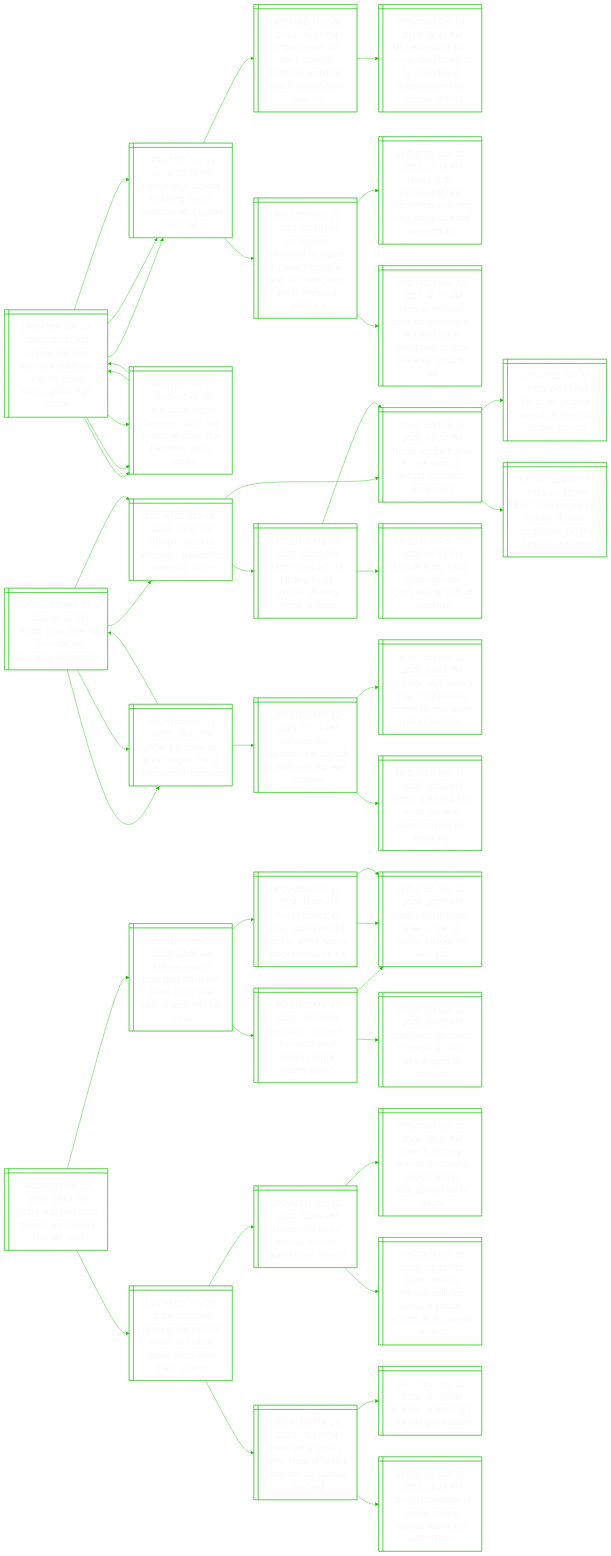
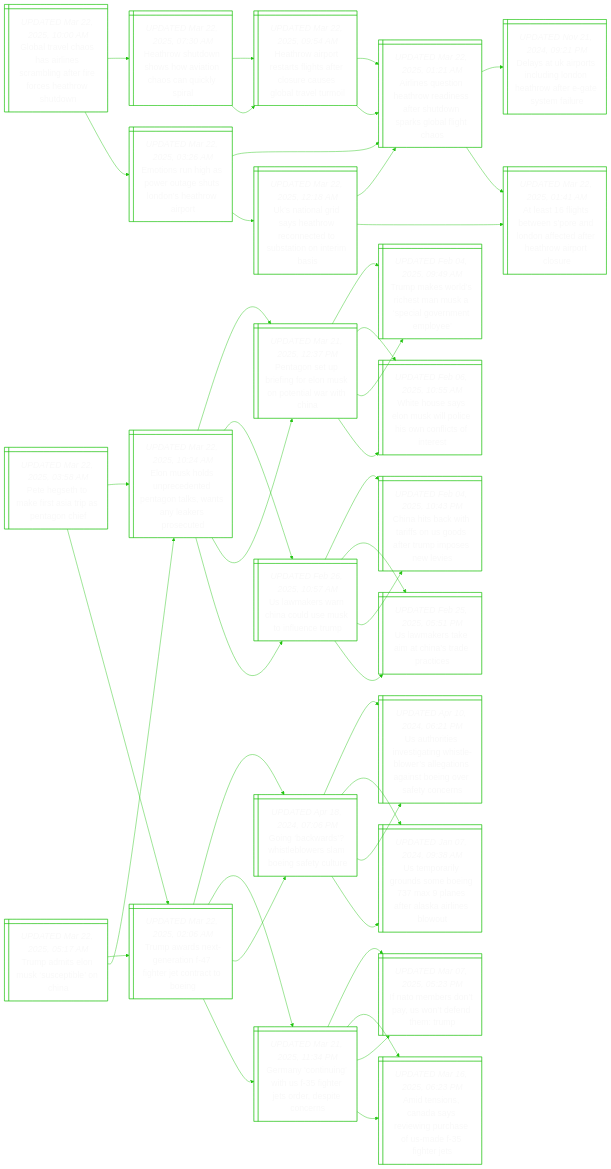
One commit to notJmes/notJmes changed the diagram in README.md. Above: the diagram before and after it, drawn with Mermaid. The commit also changed other lines of this file, not shown here.

````diff
--- a/README.md
+++ b/README.md
@@ -16,139 +16,136 @@
 flowchart LR
 classDef txtsize font-size:20px;
 
+Gleoanritrcawd@{ shape: win-pane, label: "_UPDATED Mar 22, 2025, 10:00 AM_
+Global travel chaos has airlines scrambling after fire forces heathrow shutdown" }
+Hrunsvooqlr@{ shape: win-pane, label: "_UPDATED Mar 22, 2025, 07:30 AM_
+Heathrow shutdown shows how aviation chaos can quickly spiral" }
+Hrrrriacrsorti@{ shape: win-pane, label: "_UPDATED Mar 22, 2025, 09:54 AM_
+Heathrow airport restarts flights after closure causes global travel turmoil" }
 Anenheetunkbih@{ shape: win-pane, label: "_UPDATED Mar 22, 2025, 01:21 AM_
 Airlines question heathrow readiness after shutdown sparks global flight chaos" }
-Dsarcndawreel@{ shape: win-pane, label: "_UPDATED Nov 21, 2024, 09:21 PM_
-Delays at uk airports including london heathrow after e-gate system failure" }
-Spnuathnetitm@{ shape: win-pane, label: "_UPDATED May 20, 2019, 06:17 PM_
-Singaporeans can use e-gates at heathrow and other british airports from may 20" }
-Uaregoitxeiossr@{ shape: win-pane, label: "_UPDATED Dec 04, 2018, 04:48 PM_
-Uk's epassport gate immigration facility to be extended to singaporeans from summer of 2019" }
-Irnrdporsncpsongh@{ shape: win-pane, label: "_UPDATED Nov 22, 2024, 03:19 PM_
-Immigration clearance disrupted for over 5 hours at land, air checkpoints due to technical glitch: ica" }
-HtieadktrMndakC@{ shape: win-pane, label: "_UPDATED Nov 22, 2024, 03:12 PM_
-Heavy traffic expected at land checkpoints over qing ming and good friday weekend: ica" }
-Mutnresrdtktalnpy@{ shape: win-pane, label: "_UPDATED Nov 22, 2024, 06:00 PM_
-More automated lanes for travellers to be rolled out at checkpoints to raise clearance capacity: ica" }
-Asgeneoattawoo@{ shape: win-pane, label: "_UPDATED Mar 22, 2025, 01:41 AM_
-At least 16 flights between s’pore and london affected after heathrow airport closure" }
+Hrrrriacrsorti@{ shape: win-pane, label: "_UPDATED Mar 22, 2025, 09:54 AM_
+Heathrow airport restarts flights after closure causes global travel turmoil" }
+Anenheetunkbih@{ shape: win-pane, label: "_UPDATED Mar 22, 2025, 01:21 AM_
+Airlines question heathrow readiness after shutdown sparks global flight chaos" }
+EonaeaunHrr@{ shape: win-pane, label: "_UPDATED Mar 22, 2025, 03:26 AM_
+Emotions run high as power outage shuts london’s heathrow airport" }
 Anenheetunkbih@{ shape: win-pane, label: "_UPDATED Mar 22, 2025, 01:21 AM_
 Airlines question heathrow readiness after shutdown sparks global flight chaos" }
 Dsarcndawreel@{ shape: win-pane, label: "_UPDATED Nov 21, 2024, 09:21 PM_
 Delays at uk airports including london heathrow after e-gate system failure" }
 Asgeneoattawoo@{ shape: win-pane, label: "_UPDATED Mar 22, 2025, 01:41 AM_
 At least 16 flights between s’pore and london affected after heathrow airport closure" }
+Utlseootsaoea@{ shape: win-pane, label: "_UPDATED Mar 22, 2025, 12:18 AM_
+Uk’s national grid says heathrow reconnected to substation on interim basis" }
 Anenheetunkbih@{ shape: win-pane, label: "_UPDATED Mar 22, 2025, 01:21 AM_
 Airlines question heathrow readiness after shutdown sparks global flight chaos" }
-Dsarcndawreel@{ shape: win-pane, label: "_UPDATED Nov 21, 2024, 09:21 PM_
-Delays at uk airports including london heathrow after e-gate system failure" }
 Asgeneoattawoo@{ shape: win-pane, label: "_UPDATED Mar 22, 2025, 01:41 AM_
 At least 16 flights between s’pore and london affected after heathrow airport closure" }
 
-Anenheetunkbih:::txtsize --> Dsarcndawreel:::txtsize
-Dsarcndawreel:::txtsize --> Spnuathnetitm:::txtsize
-Spnuathnetitm:::txtsize --> Uaregoitxeiossr:::txtsize
-Dsarcndawreel:::txtsize --> Irnrdporsncpsongh:::txtsize
-Irnrdporsncpsongh:::txtsize --> HtieadktrMndakC:::txtsize
-Irnrdporsncpsongh:::txtsize --> Mutnresrdtktalnpy:::txtsize
-Anenheetunkbih:::txtsize --> Asgeneoattawoo:::txtsize
-Asgeneoattawoo:::txtsize --> Anenheetunkbih:::txtsize
+Gleoanritrcawd:::txtsize --> Hrunsvooqlr:::txtsize
+Hrunsvooqlr:::txtsize --> Hrrrriacrsorti:::txtsize
+Hrrrriacrsorti:::txtsize --> Anenheetunkbih:::txtsize
+Hrunsvooqlr:::txtsize --> Hrrrriacrsorti:::txtsize
+Hrrrriacrsorti:::txtsize --> Anenheetunkbih:::txtsize
+Gleoanritrcawd:::txtsize --> EonaeaunHrr:::txtsize
+EonaeaunHrr:::txtsize --> Anenheetunkbih:::txtsize
 Anenheetunkbih:::txtsize --> Dsarcndawreel:::txtsize
 Anenheetunkbih:::txtsize --> Asgeneoattawoo:::txtsize
-Asgeneoattawoo:::txtsize --> Anenheetunkbih:::txtsize
-Anenheetunkbih:::txtsize --> Dsarcndawreel:::txtsize
-Anenheetunkbih:::txtsize --> Asgeneoattawoo:::txtsize
+EonaeaunHrr:::txtsize --> Utlseootsaoea:::txtsize
+Utlseootsaoea:::txtsize --> Anenheetunkbih:::txtsize
+Utlseootsaoea:::txtsize --> Asgeneoattawoo:::txtsize
 
-Tsotmeuoan@{ shape: win-pane, label: "_UPDATED Mar 21, 2025, 06:27 PM_
-Trump signs order to ‘eliminate’ us education department" }
-Ttedipeoeo@{ shape: win-pane, label: "_UPDATED Mar 06, 2025, 03:32 PM_
-Trump to order us education department abolished: report" }
-Taitostuuoan@{ shape: win-pane, label: "_UPDATED Feb 04, 2025, 03:34 PM_
-Trump administration to take steps to defund education department" }
-DEmsoeyde@{ shape: win-pane, label: "_UPDATED Jan 28, 2025, 04:17 PM_
-Do or dei: trump’s assault on diversity divides america" }
-EurtooimlgtUtt@{ shape: win-pane, label: "_UPDATED Feb 04, 2025, 07:51 AM_
-Elon musk targets the closure of usaid; trump mulls merging it into us state dept" }
-Tsitirhailps@{ shape: win-pane, label: "_UPDATED Mar 04, 2025, 10:19 PM_
-Trump says will cut funding for us schools allowing ‘illegal’ protests" }
-Ddpondoaiuec@{ shape: win-pane, label: "_UPDATED Feb 06, 2025, 07:51 PM_
-Donald trump’s ban on transgender sports may be difficult to enforce" }
-Taitostuuoan@{ shape: win-pane, label: "_UPDATED Feb 04, 2025, 03:34 PM_
-Trump administration to take steps to defund education department" }
-WakrasSaDt@{ shape: win-pane, label: "_UPDATED Mar 21, 2025, 06:12 PM_
-What’s at stake as trump targets the us education department" }
-Tsotmeuoan@{ shape: win-pane, label: "_UPDATED Mar 21, 2025, 06:27 PM_
-Trump signs order to ‘eliminate’ us education department" }
-Ttedipeoeo@{ shape: win-pane, label: "_UPDATED Mar 06, 2025, 03:32 PM_
-Trump to order us education department abolished: report" }
-WakrasSaDt@{ shape: win-pane, label: "_UPDATED Mar 21, 2025, 06:12 PM_
-What’s at stake as trump targets the us education department" }
-UcnrttiaTehw@{ shape: win-pane, label: "_UPDATED Mar 12, 2025, 03:14 PM_
-Us education department to cut half its staff as trump eyes shutdown" }
-Ugssmeerotrsc@{ shape: win-pane, label: "_UPDATED Mar 11, 2025, 01:51 PM_
-Us judge says musk’s doge must release records on operations run in ‘secrecy’" }
-Bikfoodevem@{ shape: win-pane, label: "_UPDATED Mar 11, 2025, 10:55 AM_
-Bitcoin sinks to a four-month low amid concerns over us economy" }
+Pehksaatc@{ shape: win-pane, label: "_UPDATED Mar 22, 2025, 03:58 AM_
+Pete hegseth to make first asia trip as pentagon chief" }
+Eulpddaaankru@{ shape: win-pane, label: "_UPDATED Mar 22, 2025, 10:24 AM_
+Elon musk holds unprecedented pentagon talks, wants any leakers prosecuted" }
+PgtiglsoirC@{ shape: win-pane, label: "_UPDATED Mar 21, 2025, 12:37 PM_
+Pentagon set up briefing for elon musk on potential war with china" }
+Tmwsenaivepe@{ shape: win-pane, label: "_UPDATED Feb 04, 2025, 09:49 AM_
+Trump makes world’s richest man musk a ‘special government employee’" }
+WHslslcontns@{ shape: win-pane, label: "_UPDATED Feb 06, 2025, 10:55 AM_
+White house says elon musk will police his own conflicts of interest" }
+UmsCcusnnu@{ shape: win-pane, label: "_UPDATED Feb 26, 2025, 10:57 AM_
+Us lawmakers warn china could use musk to influence trump" }
+Chatinotupnv@{ shape: win-pane, label: "_UPDATED Feb 04, 2025, 10:43 PM_
+China hits back with tariffs on us goods after trump imposes new levies" }
+UmsaCset@{ shape: win-pane, label: "_UPDATED Feb 25, 2025, 05:51 PM_
+Us lawmakers take aim at china’s trade practices" }
+TasgaFttron@{ shape: win-pane, label: "_UPDATED Mar 22, 2025, 02:06 AM_
+Trump awards next-generation f-47 fighter jet contract to boeing" }
+Gbaheeaifue@{ shape: win-pane, label: "_UPDATED Apr 18, 2024, 07:06 PM_
+Going ‘backwards’? whistleblowers slam boeing safety culture" }
+Uhivggtoaasnevfon@{ shape: win-pane, label: "_UPDATED Apr 10, 2024, 06:21 PM_
+Us authorities investigating whistle-blower’s allegations against boeing over safety concerns" }
+UpiosoMaflAno@{ shape: win-pane, label: "_UPDATED Jan 07, 2024, 09:38 AM_
+Us temporarily grounds some boeing 737 max 9 planes after alaska airlines blowout" }
+Gntnhirodtc@{ shape: win-pane, label: "_UPDATED Mar 21, 2025, 11:34 PM_
+Germany ‘continuing’ with us f-35 fighter jets order, despite concerns" }
+IoenUtnmp@{ shape: win-pane, label: "_UPDATED Mar 07, 2025, 05:23 PM_
+If nato members don’t pay, us won’t defend them: trump" }
+Aenayighfdgj@{ shape: win-pane, label: "_UPDATED Mar 16, 2025, 06:23 PM_
+Amid tensions, canada says reviewing purchase of us-made f-35 fighter jets" }
 
-Tsotmeuoan:::txtsize --> Ttedipeoeo:::txtsize
-Ttedipeoeo:::txtsize --> Taitostuuoan:::txtsize
-Taitostuuoan:::txtsize --> DEmsoeyde:::txtsize
-Taitostuuoan:::txtsize --> EurtooimlgtUtt:::txtsize
-Ttedipeoeo:::txtsize --> Tsitirhailps:::txtsize
-Tsitirhailps:::txtsize --> Ddpondoaiuec:::txtsize
-Tsitirhailps:::txtsize --> Taitostuuoan:::txtsize
-Tsotmeuoan:::txtsize --> WakrasSaDt:::txtsize
-WakrasSaDt:::txtsize --> Tsotmeuoan:::txtsize
-Tsotmeuoan:::txtsize --> Ttedipeoeo:::txtsize
-Tsotmeuoan:::txtsize --> WakrasSaDt:::txtsize
-WakrasSaDt:::txtsize --> UcnrttiaTehw:::txtsize
-UcnrttiaTehw:::txtsize --> Ugssmeerotrsc:::txtsize
-UcnrttiaTehw:::txtsize --> Bikfoodevem:::txtsize
+Pehksaatc:::txtsize --> Eulpddaaankru:::txtsize
+Eulpddaaankru:::txtsize --> PgtiglsoirC:::txtsize
+PgtiglsoirC:::txtsize --> Tmwsenaivepe:::txtsize
+PgtiglsoirC:::txtsize --> WHslslcontns:::txtsize
+Eulpddaaankru:::txtsize --> UmsCcusnnu:::txtsize
+UmsCcusnnu:::txtsize --> Chatinotupnv:::txtsize
+UmsCcusnnu:::txtsize --> UmsaCset:::txtsize
+Pehksaatc:::txtsize --> TasgaFttron:::txtsize
+TasgaFttron:::txtsize --> Gbaheeaifue:::txtsize
+Gbaheeaifue:::txtsize --> Uhivggtoaasnevfon:::txtsize
+Gbaheeaifue:::txtsize --> UpiosoMaflAno:::txtsize
+TasgaFttron:::txtsize --> Gntnhirodtc:::txtsize
+Gntnhirodtc:::txtsize --> IoenUtnmp:::txtsize
+Gntnhirodtc:::txtsize --> Aenayighfdgj:::txtsize
 
-Ilrorsionh@{ shape: win-pane, label: "_UPDATED Mar 21, 2025, 10:01 PM_
-Israeli supreme court freezes dismissal of shin bet chief" }
-Aeaoeataoolsht@{ shape: win-pane, label: "_UPDATED Mar 21, 2025, 08:09 AM_
-Anti-netanyahu protesters clash with israeli police over plan to sack shin bet head" }
-NyooiiIlesie@{ shape: win-pane, label: "_UPDATED Mar 17, 2025, 05:58 PM_
-Netanyahu moves to dismiss chief of israel’s internal security agency" }
-NyeeawHakl@{ shape: win-pane, label: "_UPDATED Nov 13, 2024, 10:58 AM_
-Netanyahu declares israel at war as hamas attacks kill over 100" }
-Ildsoeraobis@{ shape: win-pane, label: "_UPDATED Mar 17, 2025, 02:09 AM_
-Israel team discusses hostages at truce talks dogged by divisions" }
-Sbsrcdnacaale@{ shape: win-pane, label: "_UPDATED Nov 13, 2024, 11:02 AM_
-‘sea of bodies’ in israel, scores dead in gaza as shock hamas attack unleashes war" }
-NyeeawHakl@{ shape: win-pane, label: "_UPDATED Nov 13, 2024, 10:58 AM_
-Netanyahu declares israel at war as hamas attacks kill over 100" }
-NyeeawHakl@{ shape: win-pane, label: "_UPDATED Nov 13, 2024, 10:58 AM_
-Netanyahu declares israel at war as hamas attacks kill over 100" }
-Ilenhscepdaos@{ shape: win-pane, label: "_UPDATED Nov 22, 2024, 02:53 PM_
-Israeli government in chaos as judicial reform plans draw mass protests" }
-Nyaeespmrt@{ shape: win-pane, label: "_UPDATED Nov 22, 2024, 02:49 PM_
-Netanyahu sacks defence minister, sparks mass protests" }
-IloGaaulnuarie@{ shape: win-pane, label: "_UPDATED Nov 22, 2024, 02:37 PM_
-Israel's attorney-general: netanyahu involvement in judicial overhaul is illegal" }
-Ileielpiirmhno@{ shape: win-pane, label: "_UPDATED Nov 22, 2024, 02:45 PM_
-Israeli defence minister calls for pause in judicial reforms as thousands protest" }
-Nyosfoaovaioa@{ shape: win-pane, label: "_UPDATED Mar 20, 2023, 05:58 PM_
-Netanyahu softens pace, focus of israel's controversial judicial overhaul" }
-Iaageat@{ shape: win-pane, label: "_UPDATED Nov 25, 2024, 12:05 PM_
-In israel, a hard-right agenda gains steam" }
-Tfsoapsieasp@{ shape: win-pane, label: "_UPDATED Nov 25, 2024, 01:12 PM_
-Tens of thousands of israelis protest against netanyahu justice plans" }
+TasMuton@{ shape: win-pane, label: "_UPDATED Mar 22, 2025, 05:17 AM_
+Trump admits elon musk ‘susceptible’ on china" }
+TasgaFttron@{ shape: win-pane, label: "_UPDATED Mar 22, 2025, 02:06 AM_
+Trump awards next-generation f-47 fighter jet contract to boeing" }
+Gbaheeaifue@{ shape: win-pane, label: "_UPDATED Apr 18, 2024, 07:06 PM_
+Going ‘backwards’? whistleblowers slam boeing safety culture" }
+Uhivggtoaasnevfon@{ shape: win-pane, label: "_UPDATED Apr 10, 2024, 06:21 PM_
+Us authorities investigating whistle-blower’s allegations against boeing over safety concerns" }
+UpiosoMaflAno@{ shape: win-pane, label: "_UPDATED Jan 07, 2024, 09:38 AM_
+Us temporarily grounds some boeing 737 max 9 planes after alaska airlines blowout" }
+Gntnhirodtc@{ shape: win-pane, label: "_UPDATED Mar 21, 2025, 11:34 PM_
+Germany ‘continuing’ with us f-35 fighter jets order, despite concerns" }
+IoenUtnmp@{ shape: win-pane, label: "_UPDATED Mar 07, 2025, 05:23 PM_
+If nato members don’t pay, us won’t defend them: trump" }
+Aenayighfdgj@{ shape: win-pane, label: "_UPDATED Mar 16, 2025, 06:23 PM_
+Amid tensions, canada says reviewing purchase of us-made f-35 fighter jets" }
+Eulpddaaankru@{ shape: win-pane, label: "_UPDATED Mar 22, 2025, 10:24 AM_
+Elon musk holds unprecedented pentagon talks, wants any leakers prosecuted" }
+PgtiglsoirC@{ shape: win-pane, label: "_UPDATED Mar 21, 2025, 12:37 PM_
+Pentagon set up briefing for elon musk on potential war with china" }
+Tmwsenaivepe@{ shape: win-pane, label: "_UPDATED Feb 04, 2025, 09:49 AM_
+Trump makes world’s richest man musk a ‘special government employee’" }
+WHslslcontns@{ shape: win-pane, label: "_UPDATED Feb 06, 2025, 10:55 AM_
+White house says elon musk will police his own conflicts of interest" }
+UmsCcusnnu@{ shape: win-pane, label: "_UPDATED Feb 26, 2025, 10:57 AM_
+Us lawmakers warn china could use musk to influence trump" }
+Chatinotupnv@{ shape: win-pane, label: "_UPDATED Feb 04, 2025, 10:43 PM_
+China hits back with tariffs on us goods after trump imposes new levies" }
+UmsaCset@{ shape: win-pane, label: "_UPDATED Feb 25, 2025, 05:51 PM_
+Us lawmakers take aim at china’s trade practices" }
 
-Ilrorsionh:::txtsize --> Aeaoeataoolsht:::txtsize
-Aeaoeataoolsht:::txtsize --> NyooiiIlesie:::txtsize
-NyooiiIlesie:::txtsize --> NyeeawHakl:::txtsize
-NyooiiIlesie:::txtsize --> Ildsoeraobis:::txtsize
-Aeaoeataoolsht:::txtsize --> Sbsrcdnacaale:::txtsize
-Sbsrcdnacaale:::txtsize --> NyeeawHakl:::txtsize
-Sbsrcdnacaale:::txtsize --> NyeeawHakl:::txtsize
-Ilrorsionh:::txtsize --> Ilenhscepdaos:::txtsize
-Ilenhscepdaos:::txtsize --> Nyaeespmrt:::txtsize
-Nyaeespmrt:::txtsize --> IloGaaulnuarie:::txtsize
-Nyaeespmrt:::txtsize --> Ileielpiirmhno:::txtsize
-Ilenhscepdaos:::txtsize --> Nyosfoaovaioa:::txtsize
-Nyosfoaovaioa:::txtsize --> Iaageat:::txtsize
-Nyosfoaovaioa:::txtsize --> Tfsoapsieasp:::txtsize
+TasMuton:::txtsize --> TasgaFttron:::txtsize
+TasgaFttron:::txtsize --> Gbaheeaifue:::txtsize
+Gbaheeaifue:::txtsize --> Uhivggtoaasnevfon:::txtsize
+Gbaheeaifue:::txtsize --> UpiosoMaflAno:::txtsize
+TasgaFttron:::txtsize --> Gntnhirodtc:::txtsize
+Gntnhirodtc:::txtsize --> IoenUtnmp:::txtsize
+Gntnhirodtc:::txtsize --> Aenayighfdgj:::txtsize
+TasMuton:::txtsize --> Eulpddaaankru:::txtsize
+Eulpddaaankru:::txtsize --> PgtiglsoirC:::txtsize
+PgtiglsoirC:::txtsize --> Tmwsenaivepe:::txtsize
+PgtiglsoirC:::txtsize --> WHslslcontns:::txtsize
+Eulpddaaankru:::txtsize --> UmsCcusnnu:::txtsize
+UmsCcusnnu:::txtsize --> Chatinotupnv:::txtsize
+UmsCcusnnu:::txtsize --> UmsaCset:::txtsize
 
 ```
````
